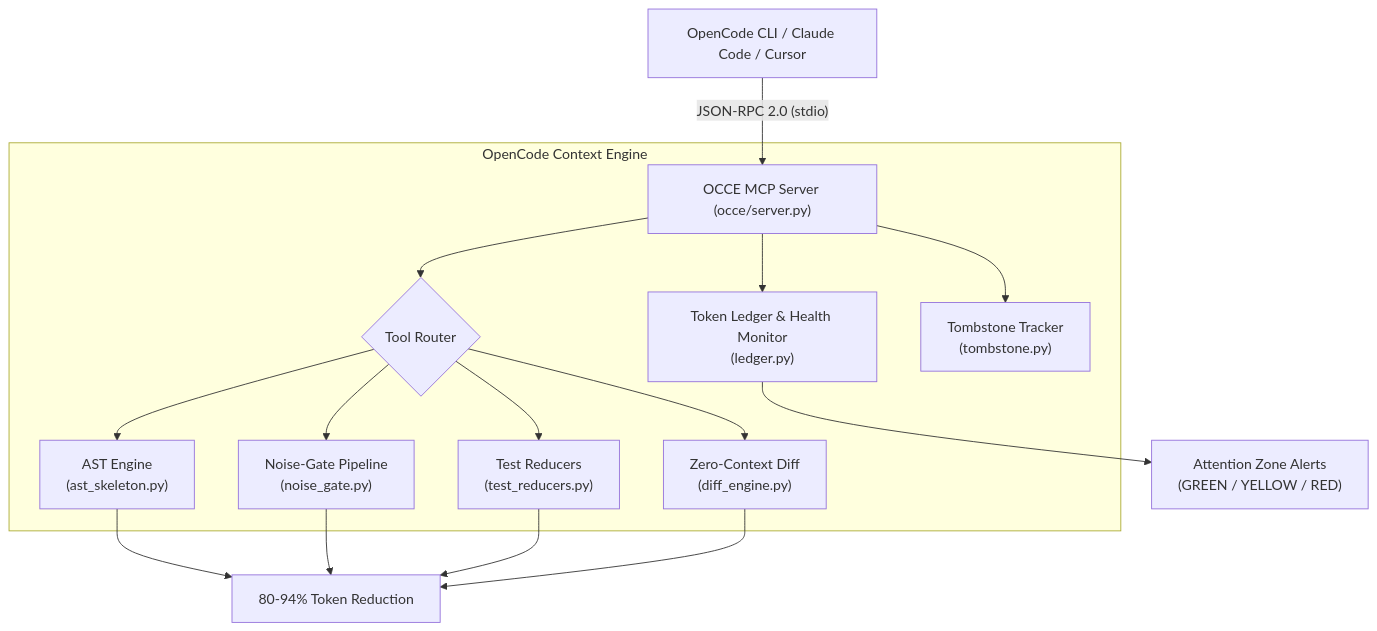
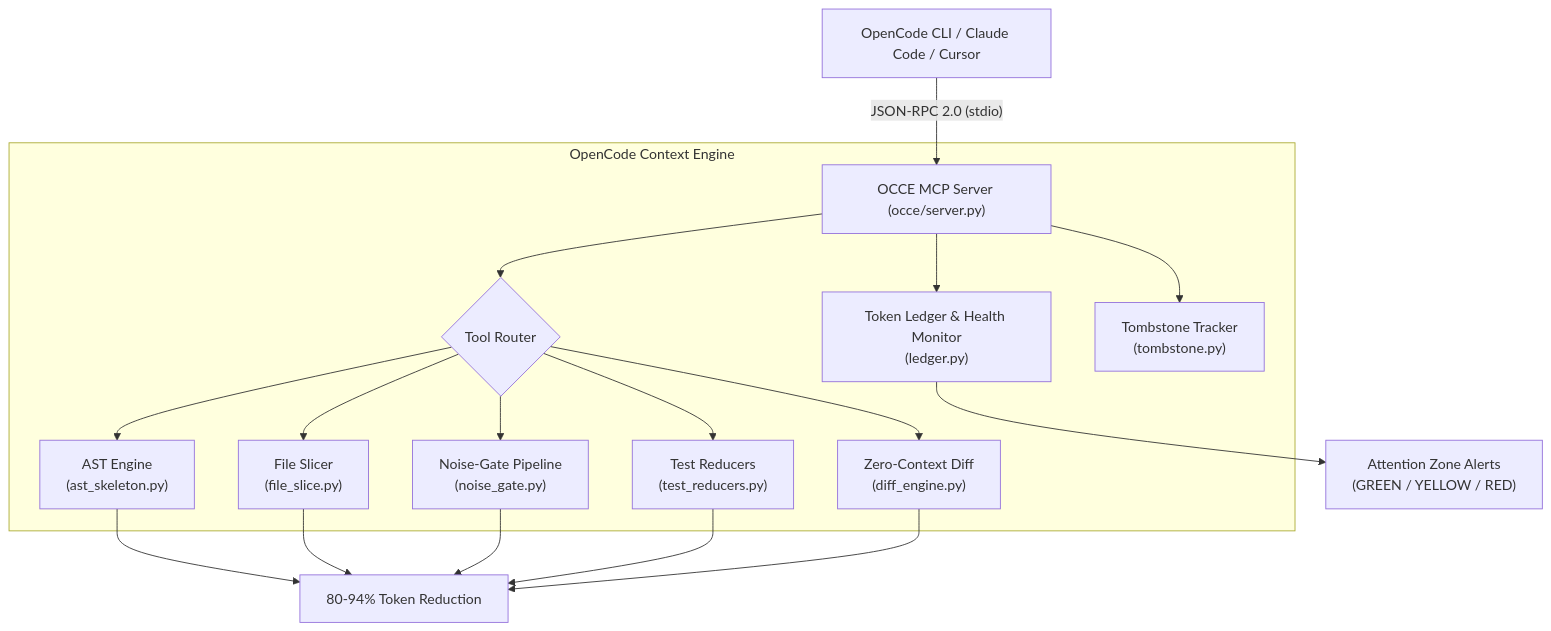
One commit to SammySN-car/opencode-context-mcp changed the diagram in README.md. Above: the diagram before and after it, drawn with Mermaid. The commit also changed other lines of this file and 1 other file, not shown here.

````diff
--- a/README.md
+++ b/README.md
@@ -142,21 +177,23 @@
 ```mermaid
 flowchart TD
     Client["OpenCode CLI / Claude Code / Cursor"] -- "JSON-RPC 2.0 (stdio)" --> Server["OCCE MCP Server (occe/server.py)"]
 
     subgraph OCCE["OpenCode Context Engine"]
         Server --> Router{"Tool Router"}
         Router --> Skeletons["AST Engine\n(ast_skeleton.py)"]
+        Router --> FileSlice["File Slicer\n(file_slice.py)"]
         Router --> NoiseGate["Noise-Gate Pipeline\n(noise_gate.py)"]
         Router --> TestReducers["Test Reducers\n(test_reducers.py)"]
         Router --> DiffEngine["Zero-Context Diff\n(diff_engine.py)"]
 
         Server --> Ledger["Token Ledger & Health Monitor\n(ledger.py)"]
         Server --> Tombstones["Tombstone Tracker\n(tombstone.py)"]
     end
 
     Skeletons --> Output["80-94% Token Reduction"]
+    FileSlice --> Output
     NoiseGate --> Output
     TestReducers --> Output
     DiffEngine --> Output
     Ledger --> Alerts["Attention Zone Alerts\n(GREEN / YELLOW / RED)"]
 ```
````
